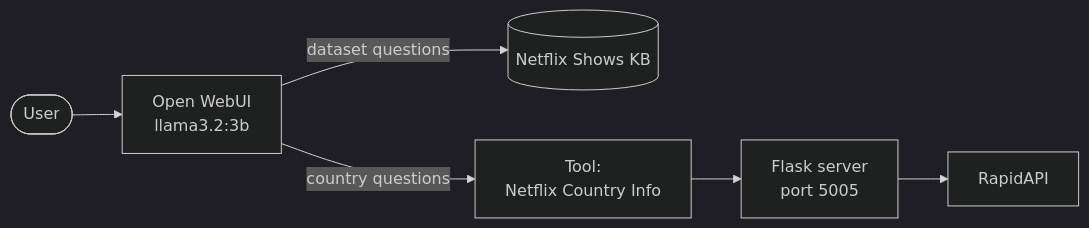
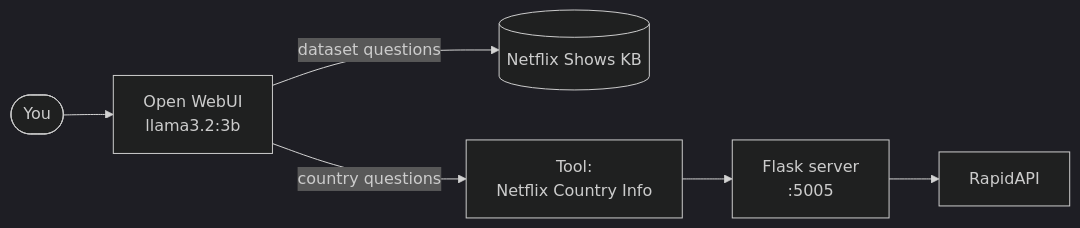
One commit to reem-mor/ai-engineering-portfolio changed the diagram in homework/hw07-openwebui/README.md. Above: the diagram before and after it, drawn with Mermaid (dark theme). The commit also changed other lines of this file, not shown here.

First line of the commit message:
Revise README for Open WebUI project

````diff
--- a/homework/hw07-openwebui/README.md
+++ b/homework/hw07-openwebui/README.md
@@ -8,8 +8,8 @@
 ```mermaid
 flowchart LR
-    U([User]) --> OW[Open WebUI<br/>llama3.2:3b]
+    U([You]) --> OW[Open WebUI<br/>llama3.2:3b]
     OW -->|dataset questions| KB[(Netflix Shows KB)]
     OW -->|country questions| T[Tool:<br/>Netflix Country Info]
-    T --> FS[Flask server<br/>port 5005]
+    T --> FS[Flask server<br/>:5005]
     FS --> API[RapidAPI]
 ```
````
